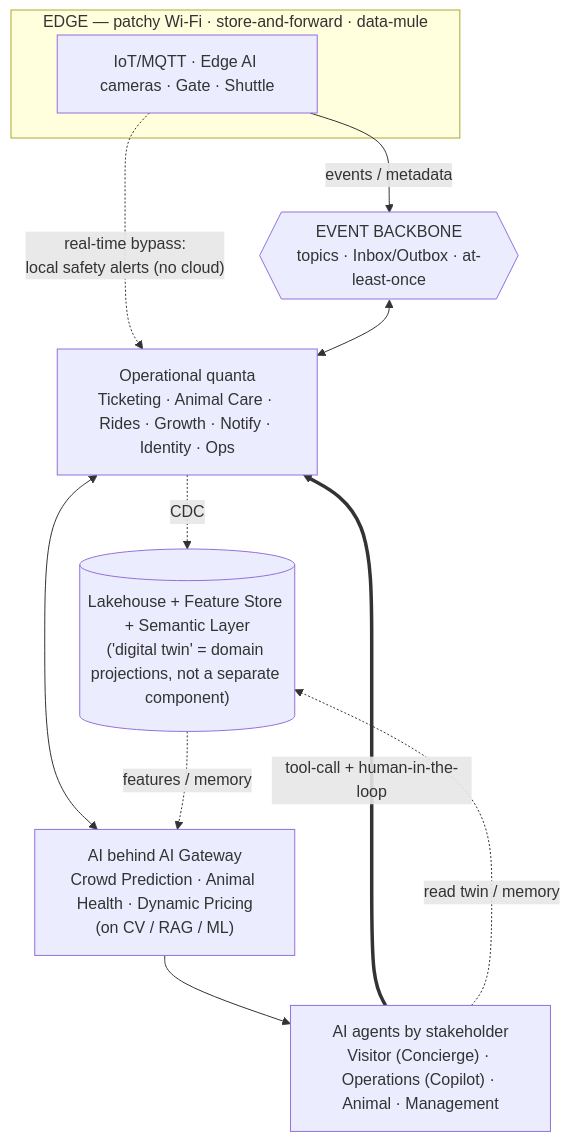
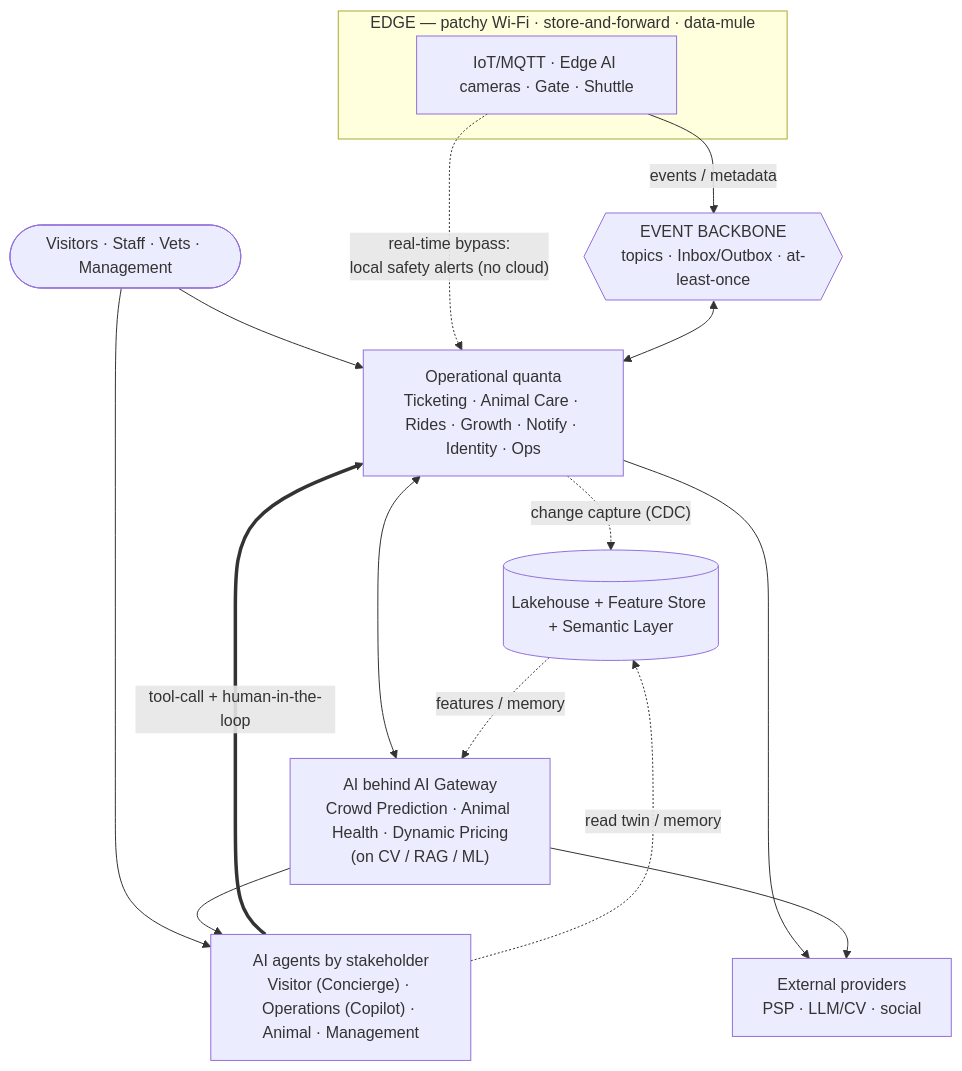
The diagram in README.md (AGG3000/architecturalkatas2026), drawn with Mermaid before and after one commit. The commit also changed other lines of this file and 20 other files, not shown here.

````diff
--- a/README.md
+++ b/README.md
@@ -9,21 +9,27 @@
 ```mermaid
 flowchart TB
+    users(["Visitors · Staff · Vets · Management"])
     subgraph EDGE["EDGE — patchy Wi-Fi · store-and-forward · data-mule"]
         sensors["IoT/MQTT · Edge AI cameras · Gate · Shuttle"]
     end
     events{{"EVENT BACKBONE<br/>topics · Inbox/Outbox · at-least-once"}}
     ops["Operational quanta<br/>Ticketing · Animal Care · Rides · Growth · Notify · Identity · Ops"]
-    data[("Lakehouse + Feature Store + Semantic Layer<br/>('digital twin' = domain projections, not a separate component)")]
+    data[("Lakehouse + Feature Store + Semantic Layer")]
     ai["AI behind AI Gateway<br/>Crowd Prediction · Animal Health · Dynamic Pricing<br/>(on CV / RAG / ML)"]
     agents["AI agents by stakeholder<br/>Visitor (Concierge) · Operations (Copilot) · Animal · Management"]
+    ext["External providers<br/>PSP · LLM/CV · social"]
 
+    users --> ops
+    users --> agents
     sensors -->|"events / metadata"| events
     sensors -. "real-time bypass:<br/>local safety alerts (no cloud)" .-> ops
     events <--> ops
-    ops -. "CDC" .-> data
+    ops -. "change capture (CDC)" .-> data
     ops <--> ai
     data -. "features / memory" .-> ai
     ai --> agents
     agents == "tool-call + human-in-the-loop" ==> ops
     agents -. "read twin / memory" .-> data
+    ops --> ext
+    ai --> ext
 ```
````
